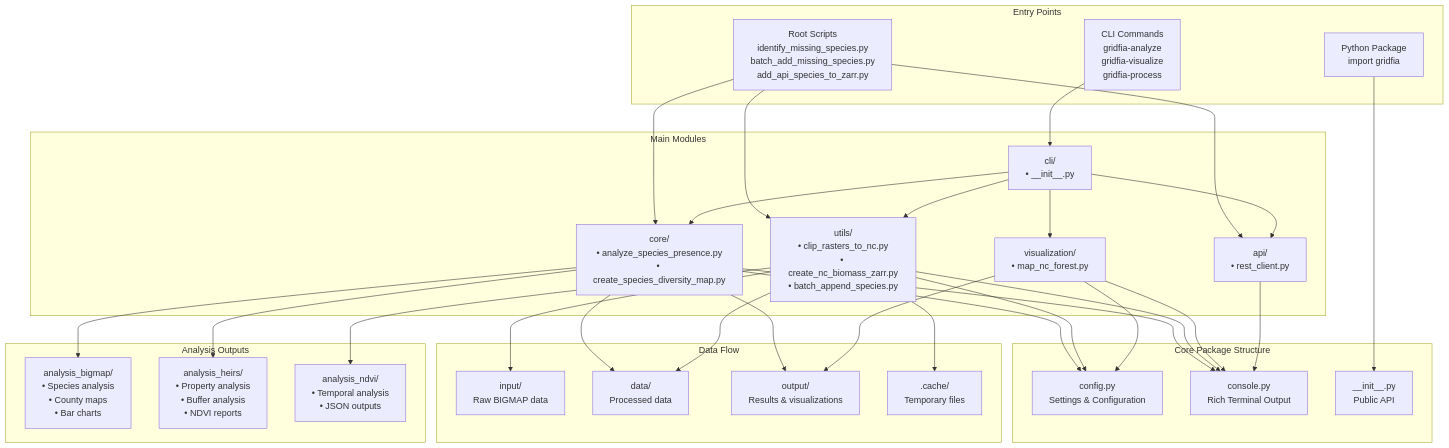
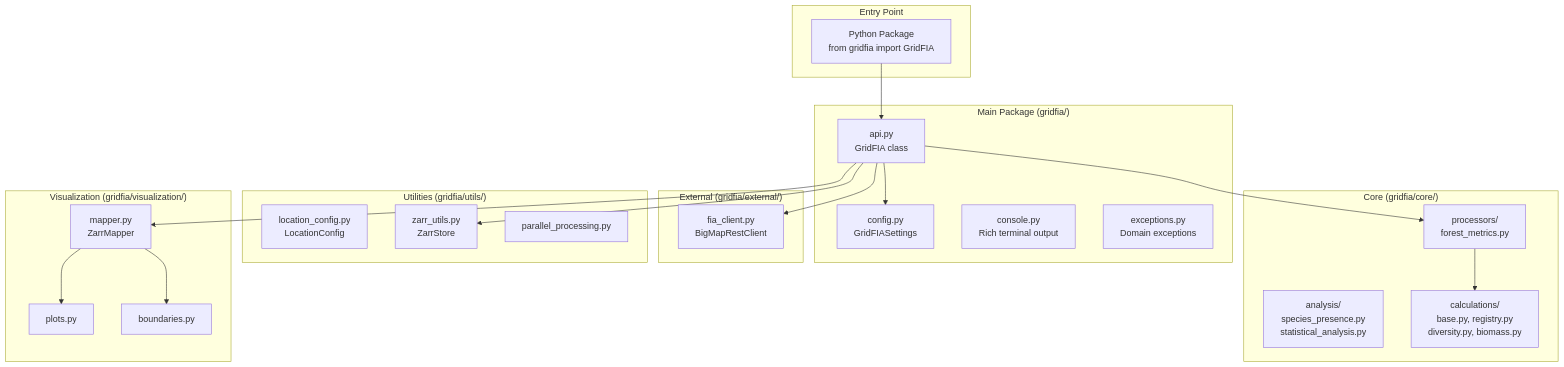
Before and after one commit to mihiarc/gridfia: the first of 3 diagrams in docs/architecture/overview.md, drawn with Mermaid. The commit also changed other lines of this file and 14 other files, not shown here.

First line of the commit message:
Rewrite documentation for API-first architecture

````diff
--- a/docs/architecture/overview.md
+++ b/docs/architecture/overview.md
@@ -19,65 +15,45 @@
 ```mermaid
 graph TB
-    subgraph "Entry Points"
-        CLI["CLI Commands<br/>gridfia-analyze<br/>gridfia-visualize<br/>gridfia-process"]
-        Scripts["Root Scripts<br/>identify_missing_species.py<br/>batch_add_missing_species.py<br/>add_api_species_to_zarr.py"]
-        Package["Python Package<br/>import gridfia"]
+    subgraph "Entry Point"
+        Package["Python Package<br/>from gridfia import GridFIA"]
     end
-    
-    subgraph "Core Package Structure"
-        Config["config.py<br/>Settings & Configuration"]
-        Console["console.py<br/>Rich Terminal Output"]
-        Init["__init__.py<br/>Public API"]
+
+    subgraph "Main Package (gridfia/)"
+        API["api.py<br/>GridFIA class"]
+        Config["config.py<br/>GridFIASettings"]
+        Console["console.py<br/>Rich terminal output"]
+        Exceptions["exceptions.py<br/>Domain exceptions"]
     end
-    
-    subgraph "Main Modules"
-        Core["core/<br/>• analyze_species_presence.py<br/>• create_species_diversity_map.py"]
-        Utils["utils/<br/>• clip_rasters_to_nc.py<br/>• create_nc_biomass_zarr.py<br/>• batch_append_species.py"]
-        Viz["visualization/<br/>• map_nc_forest.py"]
-        API["api/<br/>• rest_client.py"]
-        CLIModule["cli/<br/>• __init__.py"]
+
+    subgraph "Core (gridfia/core/)"
+        Analysis["analysis/<br/>species_presence.py<br/>statistical_analysis.py"]
+        Calculations["calculations/<br/>base.py, registry.py<br/>diversity.py, biomass.py"]
+        Processors["processors/<br/>forest_metrics.py"]
     end
-    
-    subgraph "Data Flow"
-        Input["input/<br/>Raw BIGMAP data"]
-        Data["data/<br/>Processed data"]
-        Output["output/<br/>Results & visualizations"]
-        Cache[".cache/<br/>Temporary files"]
+
+    subgraph "External (gridfia/external/)"
+        FIAClient["fia_client.py<br/>BigMapRestClient"]
     end
-    
-    subgraph "Analysis Outputs"
-        BigmapAnalysis["analysis_bigmap/<br/>• Species analysis<br/>• County maps<br/>• Bar charts"]
-        HeirsAnalysis["analysis_heirs/<br/>• Property analysis<br/>• Buffer analysis<br/>• NDVI reports"]
-        NDVIAnalysis["analysis_ndvi/<br/>• Temporal analysis<br/>• JSON outputs"]
+
+    subgraph "Utilities (gridfia/utils/)"
+        LocationConfig["location_config.py<br/>LocationConfig"]
+        ZarrUtils["zarr_utils.py<br/>ZarrStore"]
+        Parallel["parallel_processing.py"]
     end
-    
-    CLI --> CLIModule
-    Scripts --> Core
-    Scripts --> Utils
-    Scripts --> API
-    Package --> Init
-    
-    CLIModule --> Core
-    CLIModule --> Utils
-    CLIModule --> Viz
-    CLIModule --> API
-    
-    Core --> Config
-    Core --> Console
-    Utils --> Config
-    Utils --> Console
-    Viz --> Config
-    Viz --> Console
-    API --> Console
-    
-    Utils --> Input
-    Core --> Data
-    Utils --> Data
-    Core --> Output
-    Viz --> Output
-    Utils --> Cache
-    
-    Core --> BigmapAnalysis
-    Core --> HeirsAnalysis
-    Utils --> NDVIAnalysis
+
+    subgraph "Visualization (gridfia/visualization/)"
+        Mapper["mapper.py<br/>ZarrMapper"]
+        Plots["plots.py"]
+        Boundaries["boundaries.py"]
+    end
+
+    Package --> API
+    API --> Config
+    API --> FIAClient
+    API --> Processors
+    API --> ZarrUtils
+    API --> Mapper
+    Processors --> Calculations
+    Mapper --> Boundaries
+    Mapper --> Plots
 ```
````
